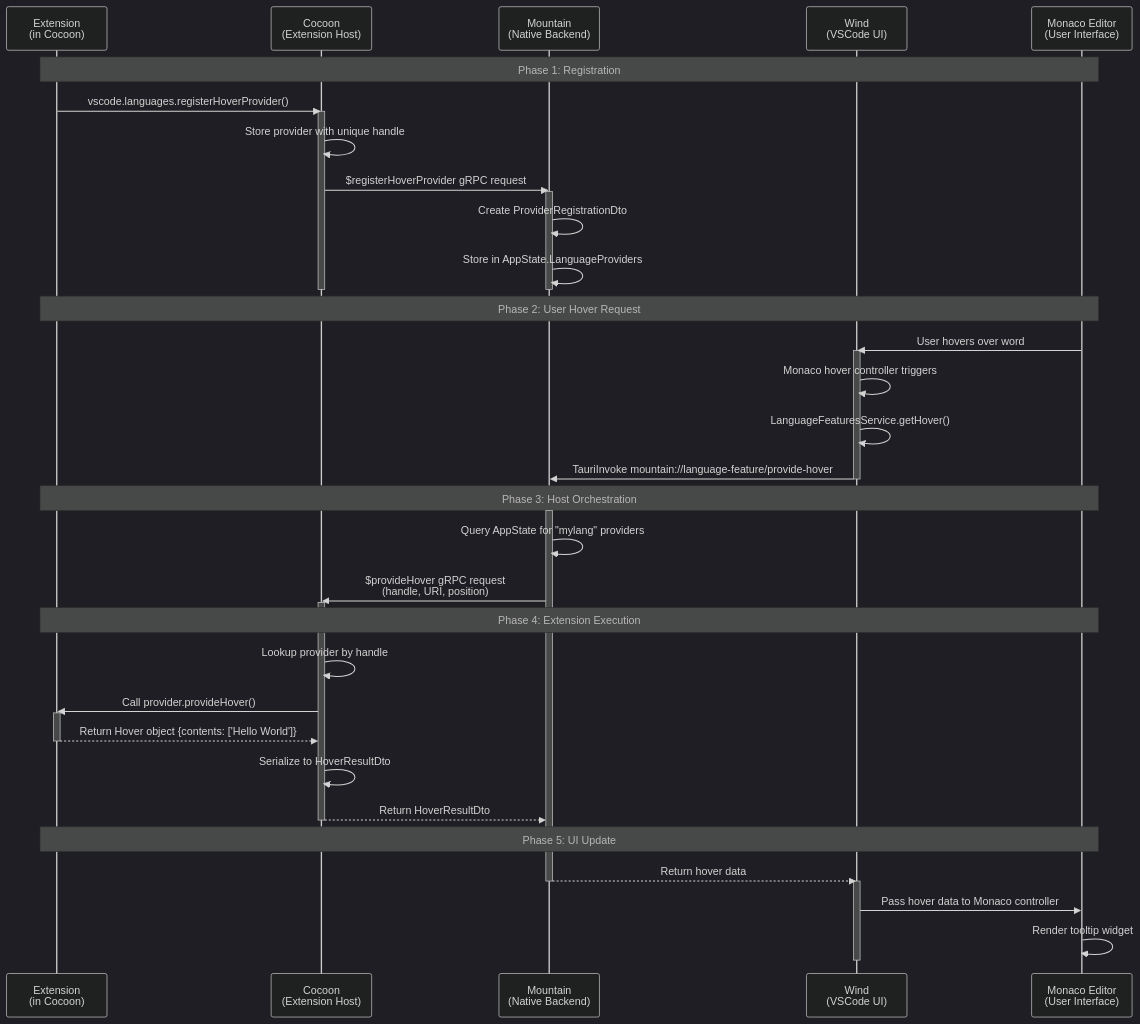
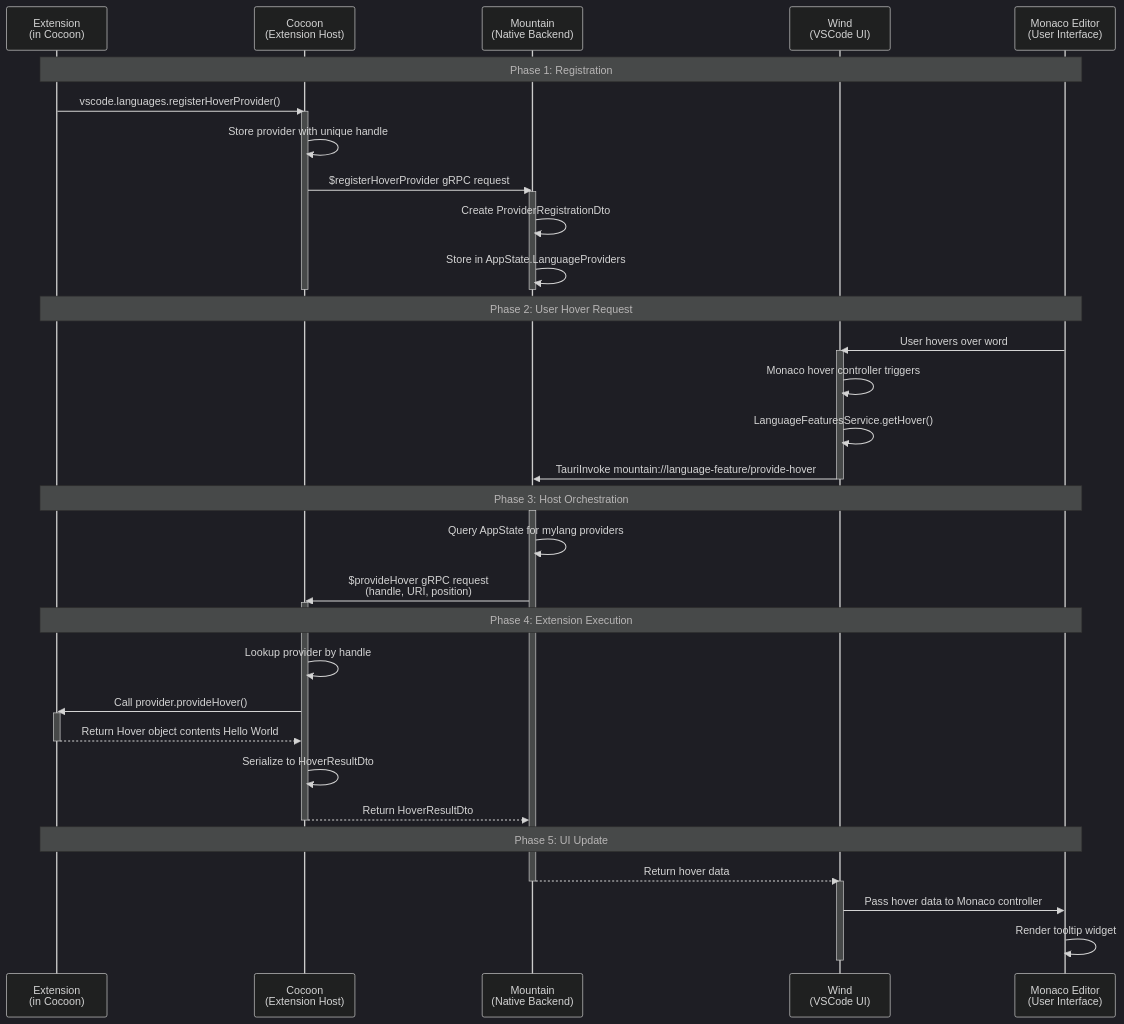
The diagram in Documentation/GitHub/Workflow/InvokingALanguageFeatureHoverProvider.md (CodeEditorLand/Land), drawn with Mermaid (dark theme) before and after one commit. The commit also changed other lines of this file and 28 other files, not shown here.

````diff
--- a/Documentation/GitHub/Workflow/InvokingALanguageFeatureHoverProvider.md
+++ b/Documentation/GitHub/Workflow/InvokingALanguageFeatureHoverProvider.md
@@ -7,51 +29,51 @@
 ```mermaid
 sequenceDiagram
     participant Ext as Extension<br/>(in Cocoon)
     participant Cocoon as Cocoon<br/>(Extension Host)
     participant Mountain as Mountain<br/>(Native Backend)
     participant Wind as Wind<br/>(VSCode UI)
     participant UI as Monaco Editor<br/>(User Interface)
 
     Note over Ext,UI: Phase 1: Registration
     Ext->>Cocoon: vscode.languages.registerHoverProvider()
     activate Cocoon
     Cocoon->>Cocoon: Store provider with unique handle
     Cocoon->>Mountain: $registerHoverProvider gRPC request
     activate Mountain
     Mountain->>Mountain: Create ProviderRegistrationDto
     Mountain->>Mountain: Store in AppState.LanguageProviders
     deactivate Mountain
     deactivate Cocoon
 
     Note over Ext,UI: Phase 2: User Hover Request
     UI->>Wind: User hovers over word
     activate Wind
     Wind->>Wind: Monaco hover controller triggers
     Wind->>Wind: LanguageFeaturesService.getHover()
     Wind->>Mountain: TauriInvoke mountain://language-feature/provide-hover
     deactivate Wind
 
     Note over Ext,UI: Phase 3: Host Orchestration
     activate Mountain
-    Mountain->>Mountain: Query AppState for "mylang" providers
+    Mountain->>Mountain: Query AppState for mylang providers
     Mountain->>Cocoon: $provideHover gRPC request<br/>(handle, URI, position)
     activate Cocoon
 
     Note over Ext,UI: Phase 4: Extension Execution
     Cocoon->>Cocoon: Lookup provider by handle
     Cocoon->>Ext: Call provider.provideHover()
     activate Ext
-    Ext-->>Cocoon: Return Hover object {contents: ['Hello World']}
+    Ext-->>Cocoon: Return Hover object contents Hello World
     deactivate Ext
     Cocoon->>Cocoon: Serialize to HoverResultDto
     Cocoon-->>Mountain: Return HoverResultDto
     deactivate Cocoon
 
     Note over Ext,UI: Phase 5: UI Update
     Mountain-->>Wind: Return hover data
     deactivate Mountain
     activate Wind
     Wind->>UI: Pass hover data to Monaco controller
     UI->>UI: Render tooltip widget
     deactivate Wind
 ```
````
